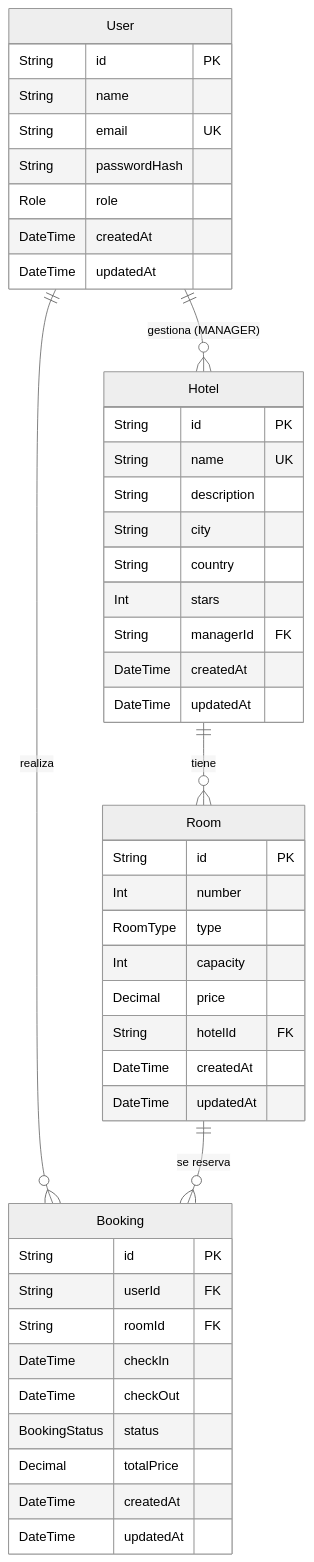
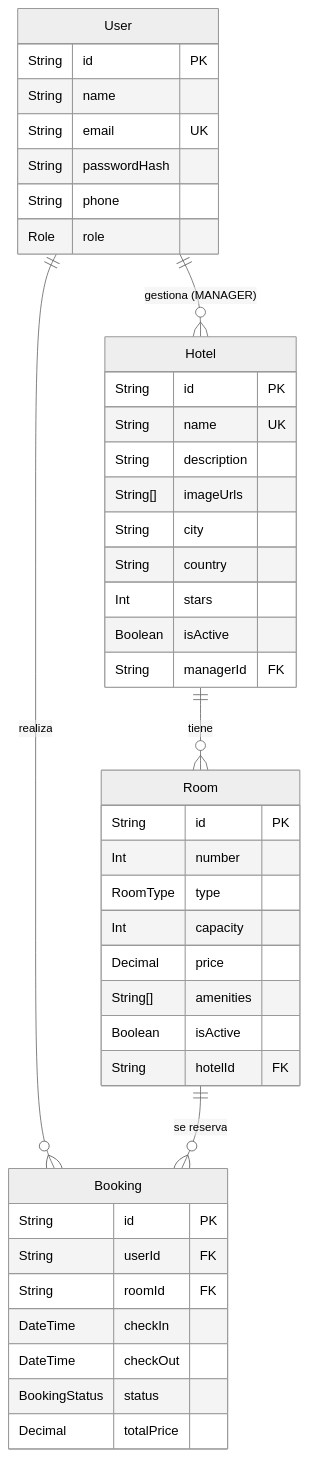
The diagram in README.md (noahramoss/project-booking-system-ia), drawn with Mermaid (neutral theme) before and after one commit. The commit also changed other lines of this file and 1 other file, not shown here.

Commit message:
docs: update README for fullstack AI architecture

````diff
--- a/README.md
+++ b/README.md
@@ -167,52 +192,46 @@
 ```mermaid
 erDiagram
     User ||--o{ Hotel : "gestiona (MANAGER)"
     User ||--o{ Booking : "realiza"
     Hotel ||--o{ Room : "tiene"
     Room ||--o{ Booking : "se reserva"
 
     User {
         String id PK
         String name
         String email UK
         String passwordHash
+        String phone
         Role role
-        DateTime createdAt
-        DateTime updatedAt
     }
-
     Hotel {
         String id PK
         String name UK
         String description
+        String[] imageUrls
         String city
         String country
         Int stars
+        Boolean isActive
         String managerId FK
-        DateTime createdAt
-        DateTime updatedAt
     }
-
     Room {
         String id PK
         Int number
         RoomType type
         Int capacity
         Decimal price
+        String[] amenities
+        Boolean isActive
         String hotelId FK
-        DateTime createdAt
-        DateTime updatedAt
     }
-
     Booking {
         String id PK
         String userId FK
         String roomId FK
         DateTime checkIn
         DateTime checkOut
         BookingStatus status
         Decimal totalPrice
-        DateTime createdAt
-        DateTime updatedAt
     }
 ```
````
